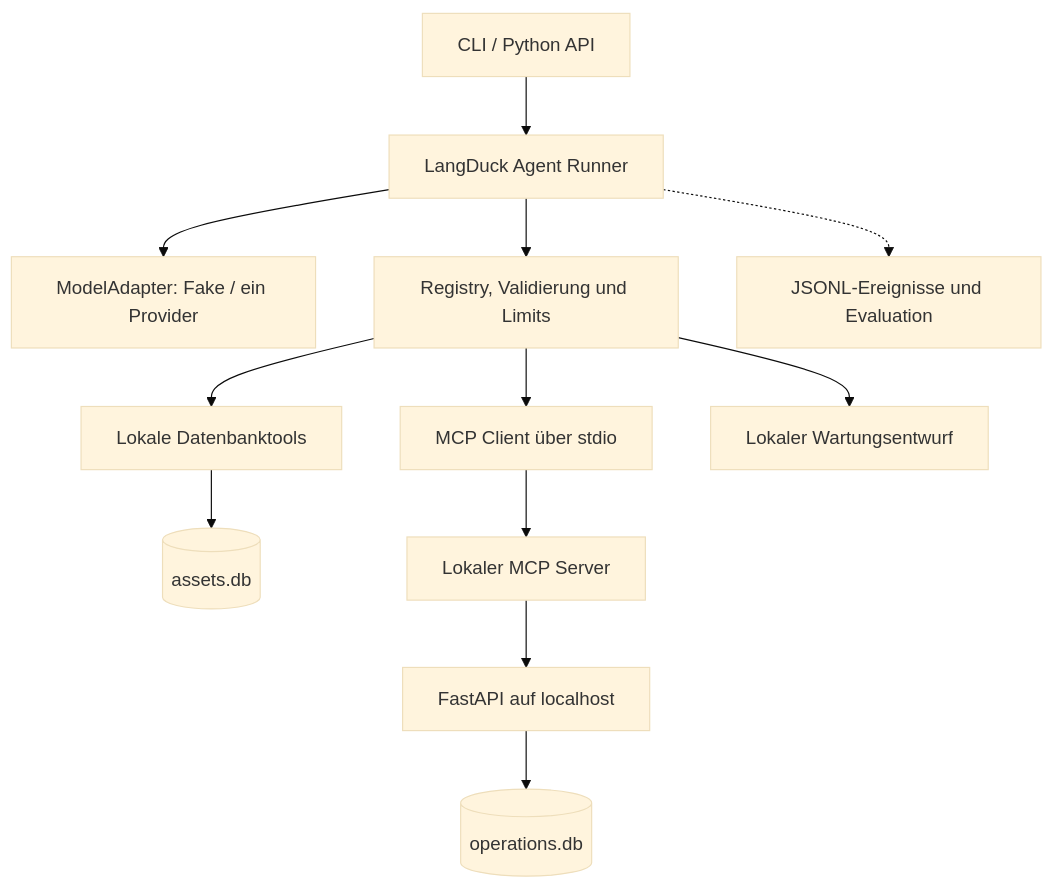
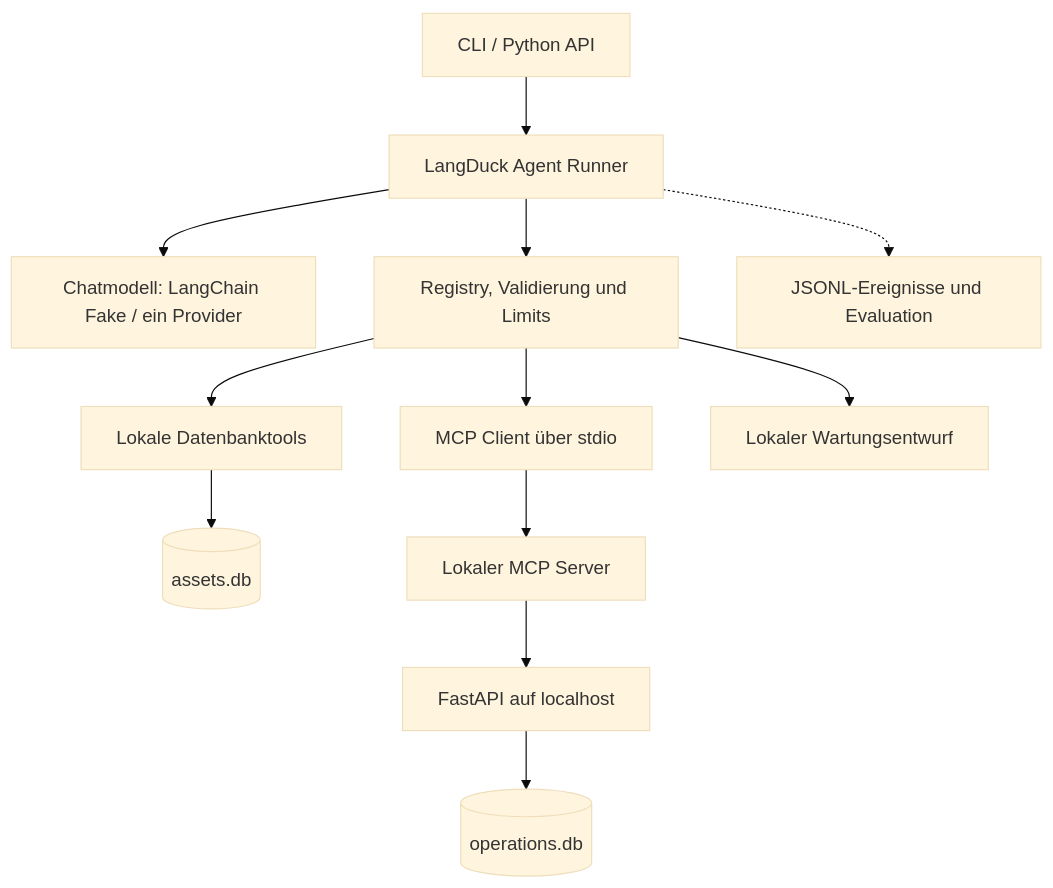
Before and after one commit to nakicam/LangDuck: the first of 6 diagrams in docs/duckops-plan.md, drawn with Mermaid (base theme). The commit also changed other lines of this file and 4 other files, not shown here.

````diff
--- a/docs/duckops-plan.md
+++ b/docs/duckops-plan.md
@@ -16,14 +16,14 @@
 ```mermaid
 flowchart TD
  A["CLI / Python API"] --> B["LangDuck Agent Runner"]
- B --> C["ModelAdapter: Fake / ein Provider"]
+ B --> C["Chatmodell: LangChain Fake / ein Provider"]
  B --> D["Registry, Validierung und Limits"]
  D --> E["Lokale Datenbanktools"]
  E --> F[("assets.db")]
  D --> G["MCP Client über stdio"]
  G --> H["Lokaler MCP Server"]
  H --> I["FastAPI auf localhost"]
  I --> J[("operations.db")]
  D --> K["Lokaler Wartungsentwurf"]
  B -.-> L["JSONL-Ereignisse und Evaluation"]
 ```
````
